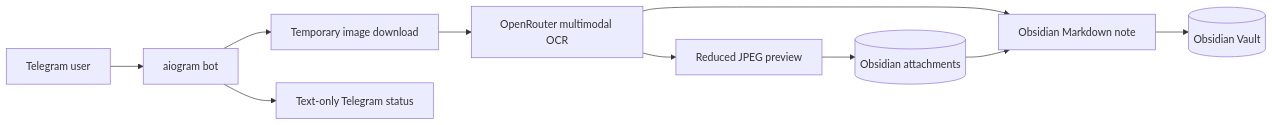
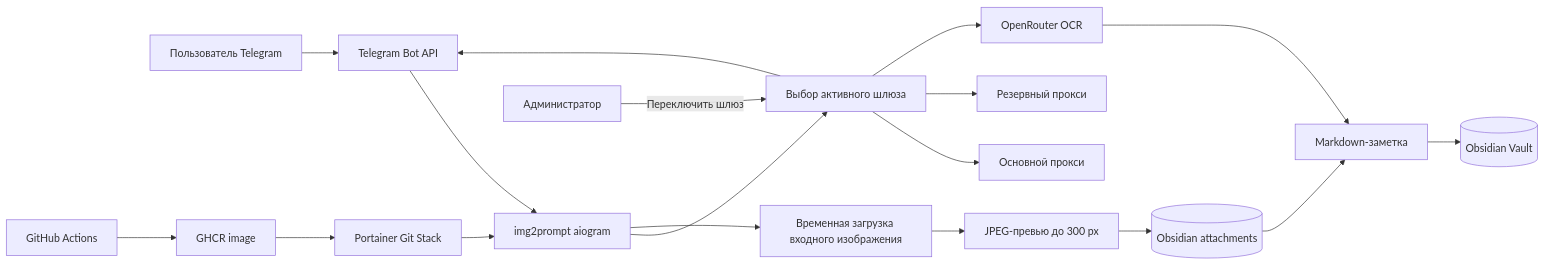
Before and after one commit to lstunn25ai/img2prompt: the diagram in docs/architecture/project-graph.mmd, drawn with Mermaid. The commit also changed 7 other files, not shown here.

```diff
--- a/docs/architecture/project-graph.mmd
+++ b/docs/architecture/project-graph.mmd
@@ -1,10 +1,21 @@
 flowchart LR
-    user[Telegram user] --> bot[aiogram bot]
-    bot --> download[Temporary image download]
-    download --> ocr[OpenRouter multimodal OCR]
-    ocr --> note[Obsidian Markdown note]
-    ocr --> preview[Reduced JPEG preview]
+    user[Пользователь Telegram] --> telegram[Telegram Bot API]
+    telegram --> bot[img2prompt aiogram]
+
+    admin[Администратор] -->|Переключить шлюз| selector[Выбор активного шлюза]
+    bot --> selector
+    selector --> primary[Основной прокси]
+    selector --> reserve[Резервный прокси]
+    selector --> telegram
+    selector --> ocr[OpenRouter OCR]
+
+    bot --> incoming[Временная загрузка входного изображения]
+    incoming --> preview[JPEG-превью до 300 px]
+    ocr --> markdown[Markdown-заметка]
     preview --> attachments[(Obsidian attachments)]
-    attachments --> note
-    note --> vault[(Obsidian Vault)]
-    bot --> status[Text-only Telegram status]
+    markdown --> vault[(Obsidian Vault)]
+    attachments --> markdown
+
+    ci[GitHub Actions] --> ghcr[GHCR image]
+    ghcr --> portainer[Portainer Git Stack]
+    portainer --> bot
```
